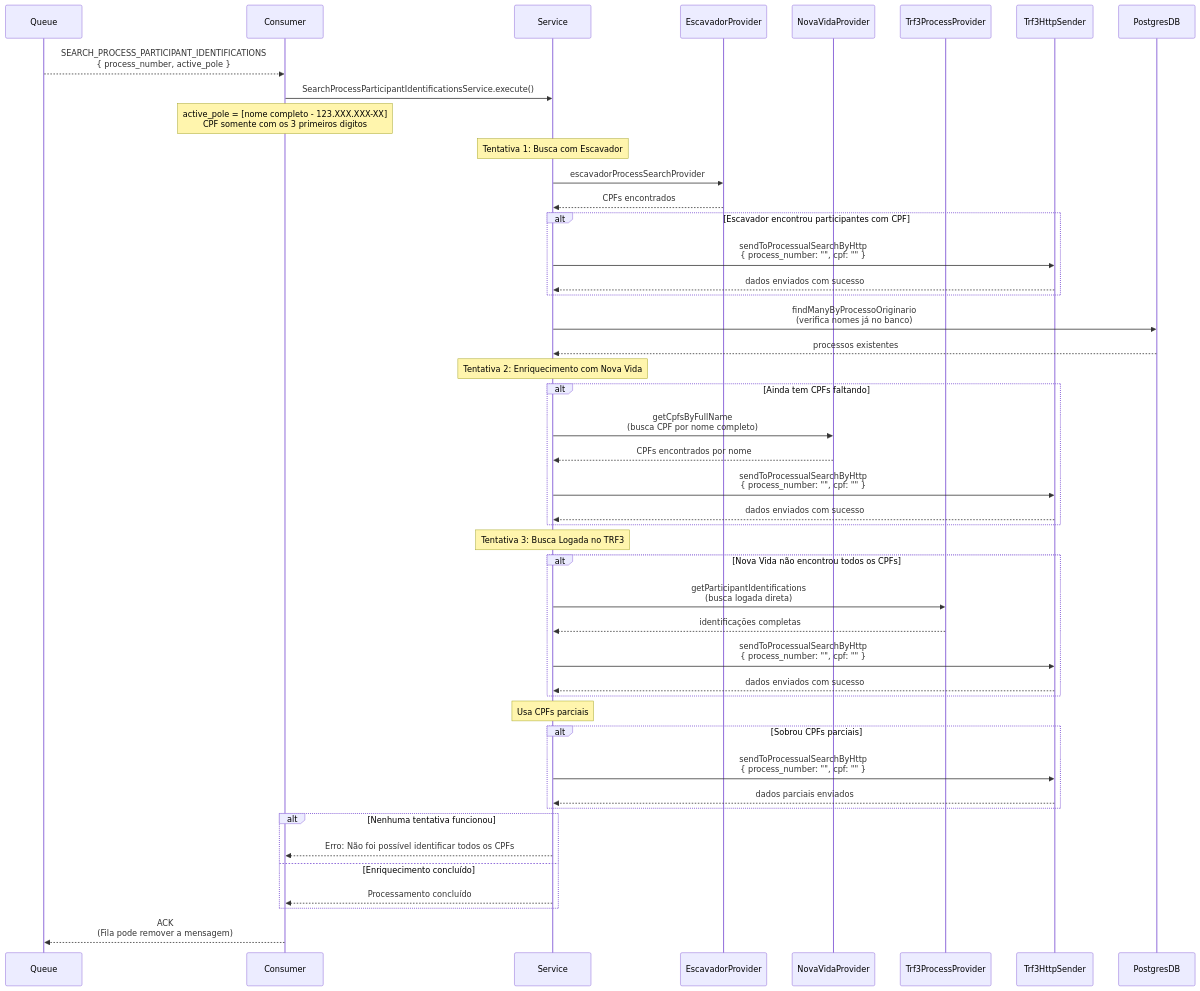
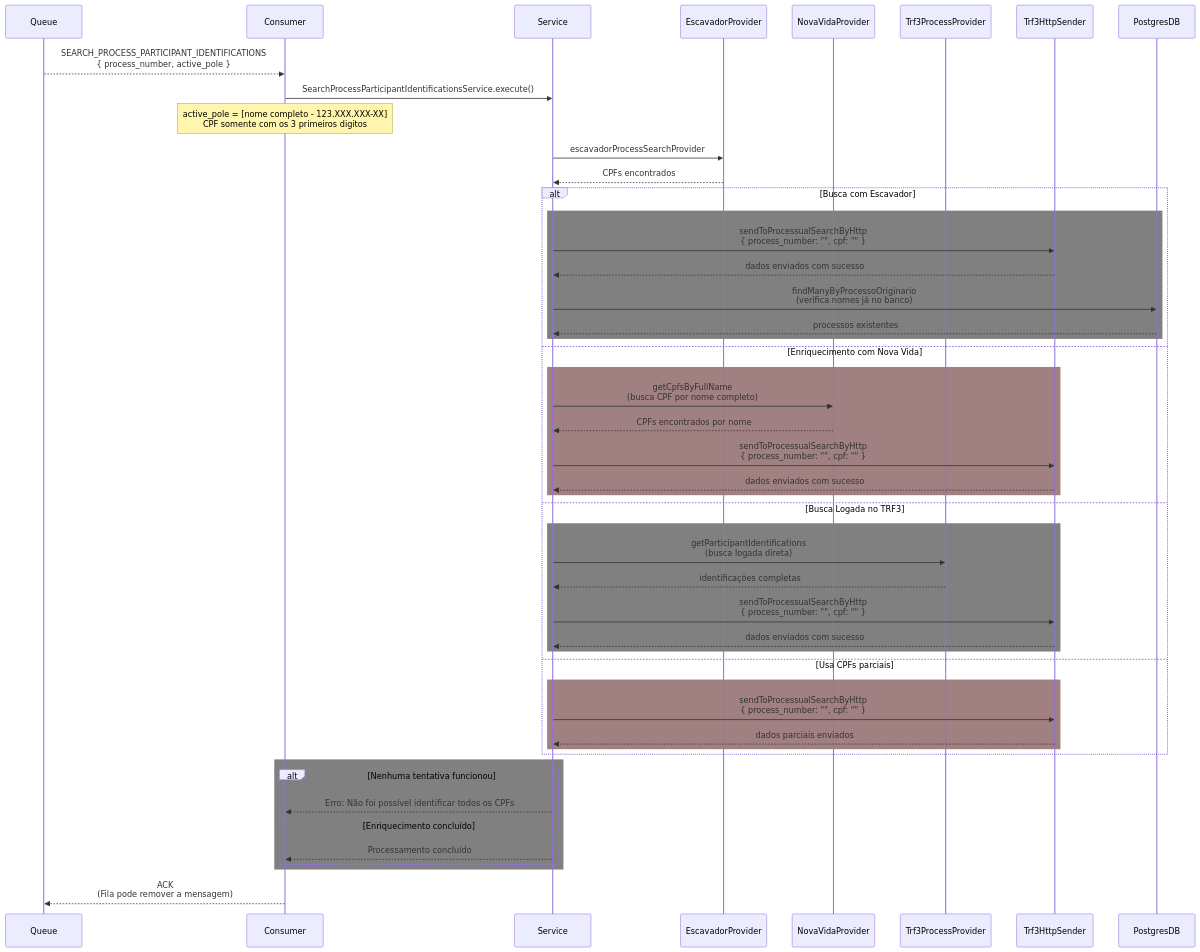
Before and after one commit to poxaIan/teste-MD: the second of 2 diagrams in README.md, drawn with Mermaid. The commit also changed other lines of this file, not shown here.

````diff
--- a/README.md
+++ b/README.md
@@ -105,65 +107,76 @@
 ```mermaid
 %% Fluxo: Identificação de Participantes de Processo com Fallbacks
 sequenceDiagram
     participant Queue
     participant Consumer
     participant Service
     participant EscavadorProvider
     participant NovaVidaProvider
     participant Trf3ProcessProvider
     participant Trf3HttpSender
     participant PostgresDB
 
     %% ETAPA 1: Recebimento e disparo do serviço
     Queue-->>Consumer: SEARCH_PROCESS_PARTICIPANT_IDENTIFICATIONS<br/>{ process_number, active_pole }
     Consumer->>Service: SearchProcessParticipantIdentificationsService.execute()
     Note over Consumer: active_pole = [nome completo - 123.XXX.XXX-XX]<br/>CPF somente com os 3 primeiros digitos
 
     %% ETAPA 2: Primeira tentativa - Escavador
-    Note over Service: Tentativa 1: Busca com Escavador
     Service->>EscavadorProvider: escavadorProcessSearchProvider
     EscavadorProvider-->>Service: CPFs encontrados
-    alt Escavador encontrou participantes com CPF
+    alt Busca com Escavador
+            rect rgb(128, 128, 128)
+
         Service->>Trf3HttpSender: sendToProcessualSearchByHttp<br/>{ process_number: "", cpf: "" }
         Trf3HttpSender-->>Service: dados enviados com sucesso
-    end
-
+    
+    
     %% ETAPA 3: Verificação de lacunas (nomes sem CPF no DB)
     Service->>PostgresDB: findManyByProcessoOriginario<br/>(verifica nomes já no banco)
     PostgresDB-->>Service: processos existentes
+    end
+    %% ETAPA 4: Segunda tentativa - Enriquecimento Nova Vida
+    else Enriquecimento com Nova Vida
+        rect rgb(160, 128, 128)
 
-    %% ETAPA 4: Segunda tentativa - Enriquecimento Nova Vida
-    Note over Service: Tentativa 2: Enriquecimento com Nova Vida
-    alt Ainda tem CPFs faltando
         Service->>NovaVidaProvider: getCpfsByFullName<br/>(busca CPF por nome completo)
         NovaVidaProvider-->>Service: CPFs encontrados por nome
         Service->>Trf3HttpSender: sendToProcessualSearchByHttp<br/>{ process_number: "", cpf: "" }
         Trf3HttpSender-->>Service: dados enviados com sucesso
-    end
+    
+end
+    %% ETAPA 5: Terceira tentativa - Busca logada TRF3 (fallback final)
+    else Busca Logada no TRF3
+        rect rgb(128, 128, 128)
 
-    %% ETAPA 5: Terceira tentativa - Busca logada TRF3 (fallback final)
-    Note over Service: Tentativa 3: Busca Logada no TRF3
-    alt Nova Vida não encontrou todos os CPFs
         Service->>Trf3ProcessProvider: getParticipantIdentifications<br/>(busca logada direta)
         Trf3ProcessProvider-->>Service: identificações completas
         Service->>Trf3HttpSender: sendToProcessualSearchByHttp<br/>{ process_number: "", cpf: "" }
         Trf3HttpSender-->>Service: dados enviados com sucesso
-    end
+    
+end
+    %% ETAPA 6: Uso de CPFs parciais (se houver)
+    
+    else Usa CPFs parciais
+        rect rgb(160, 128, 128)
 
-    %% ETAPA 6: Uso de CPFs parciais (se houver)
-    Note over Service: Usa CPFs parciais
-    alt Sobrou CPFs parciais
         Service->>Trf3HttpSender: sendToProcessualSearchByHttp<br/>{ process_number: "", cpf: "" }
         Trf3HttpSender-->>Service: dados parciais enviados
+        end
     end
 
     %% ETAPA 7: Desfecho (sucesso ou erro)
+    rect rgb(128, 128, 128)
     alt Nenhuma tentativa funcionou
+            
+
         Service-->>Consumer: Erro: Não foi possível identificar todos os CPFs
     else Enriquecimento concluído
         Service-->>Consumer: Processamento concluído
+        
+    end
     end
 
     %% ETAPA 8: Finalização da mensagem
     Consumer-->>Queue: ACK<br/>(Fila pode remover a mensagem)
 ```
````
